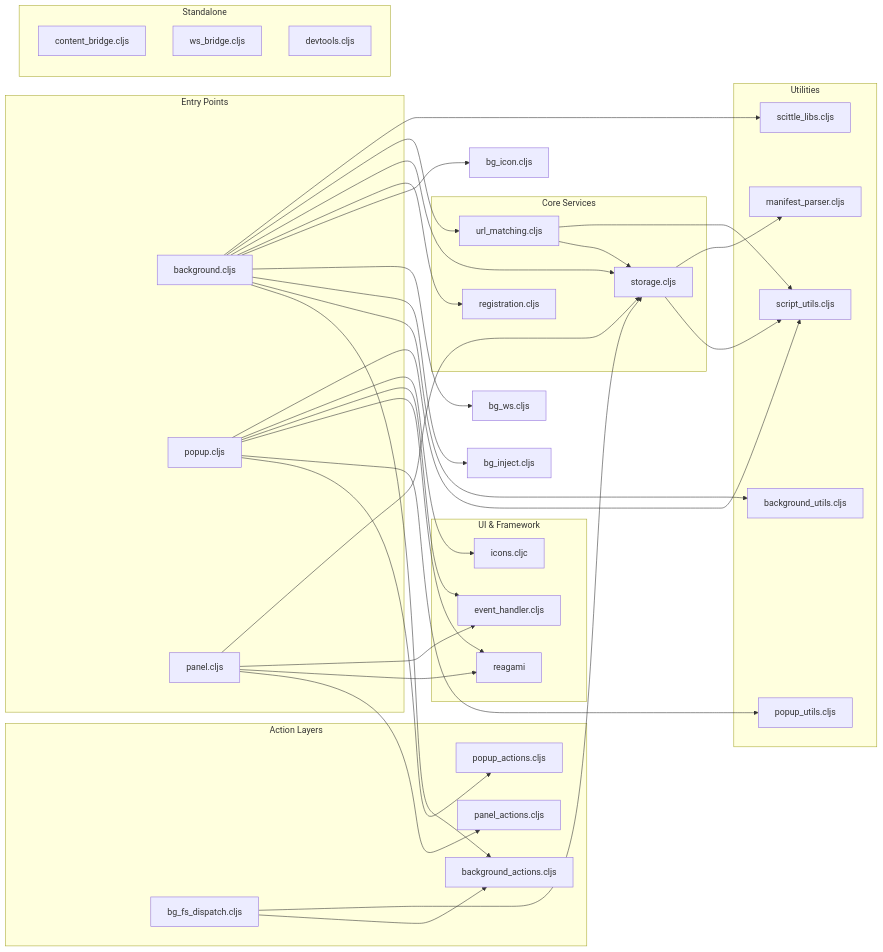
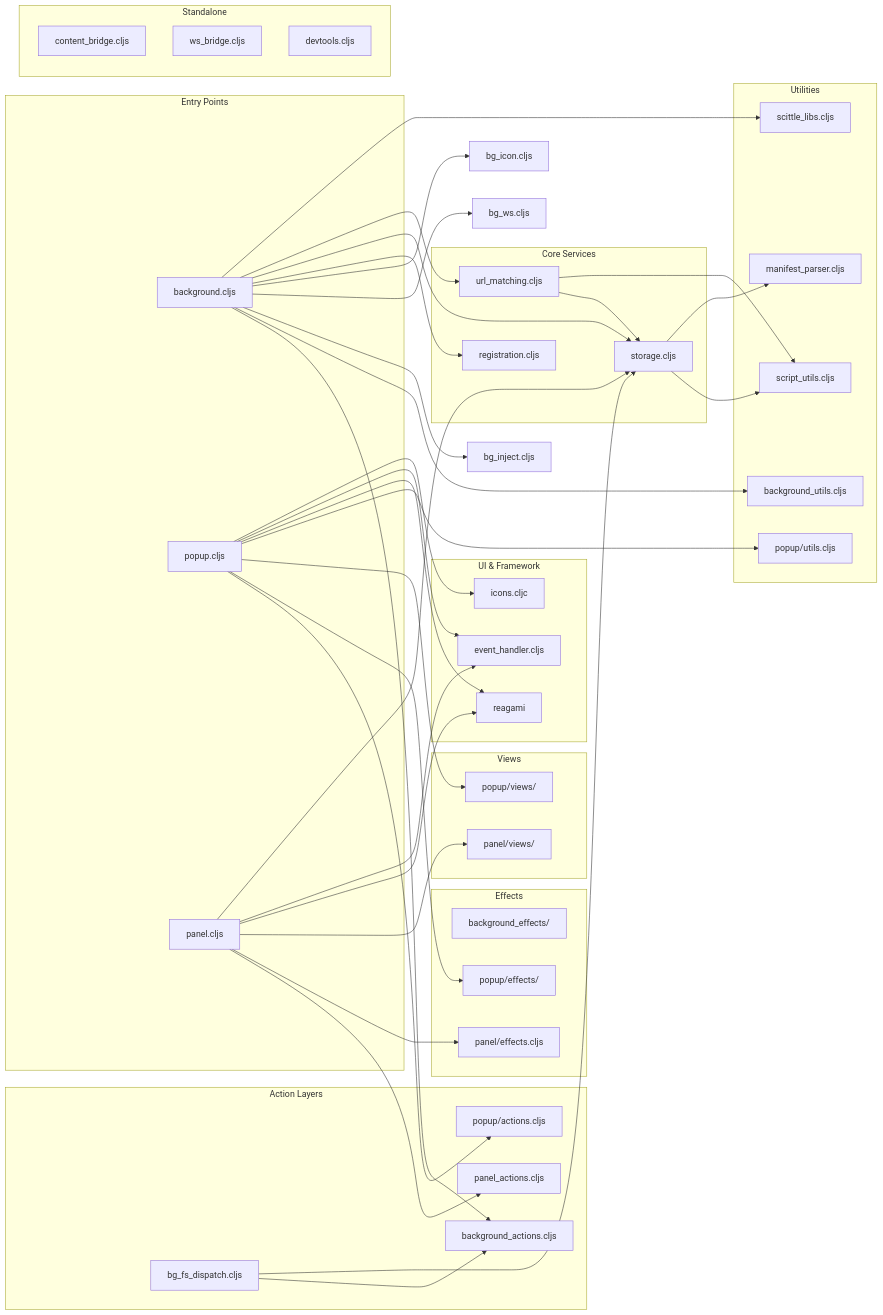
The diagram in dev/docs/architecture/components.md (PEZ/browser-jack-in), drawn with Mermaid before and after one commit. The commit also changed other lines of this file and 6 other files, not shown here.

```diff
--- a/dev/docs/architecture/components.md
+++ b/dev/docs/architecture/components.md
@@ -76,9 +82,20 @@
 
     subgraph "Action Layers"
         background_actions.cljs
-        popup_actions.cljs
+        popup/actions.cljs
         panel_actions.cljs
         bg_fs_dispatch.cljs
+    end
+
+    subgraph "Effects"
+        background_effects/
+        popup/effects/
+        panel/effects.cljs
+    end
+
+    subgraph "Views"
+        popup/views/
+        panel/views/
     end
 
     subgraph "Core Services"
@@ -89,7 +106,7 @@
 
     subgraph "Utilities"
         background_utils.cljs
-        popup_utils.cljs
+        popup/utils.cljs
         script_utils.cljs
         manifest_parser.cljs
         scittle_libs.cljs
@@ -119,15 +136,18 @@
     background.cljs --> scittle_libs.cljs
 
     %% Popup dependencies
-    popup.cljs --> popup_actions.cljs
-    popup.cljs --> popup_utils.cljs
+    popup.cljs --> popup/actions.cljs
+    popup.cljs --> popup/effects/
+    popup.cljs --> popup/views/
+    popup.cljs --> popup/utils.cljs
     popup.cljs --> reagami
     popup.cljs --> event_handler.cljs
     popup.cljs --> icons.cljc
-    popup.cljs --> script_utils.cljs
 
     %% Panel dependencies
     panel.cljs --> panel_actions.cljs
+    panel.cljs --> panel/effects.cljs
+    panel.cljs --> panel/views/
     panel.cljs --> reagami
     panel.cljs --> event_handler.cljs
     panel.cljs --> storage.cljs
```
